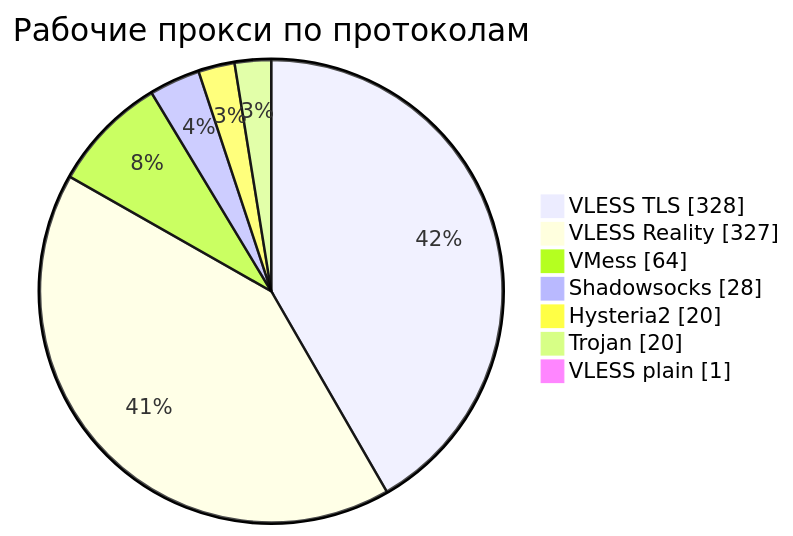
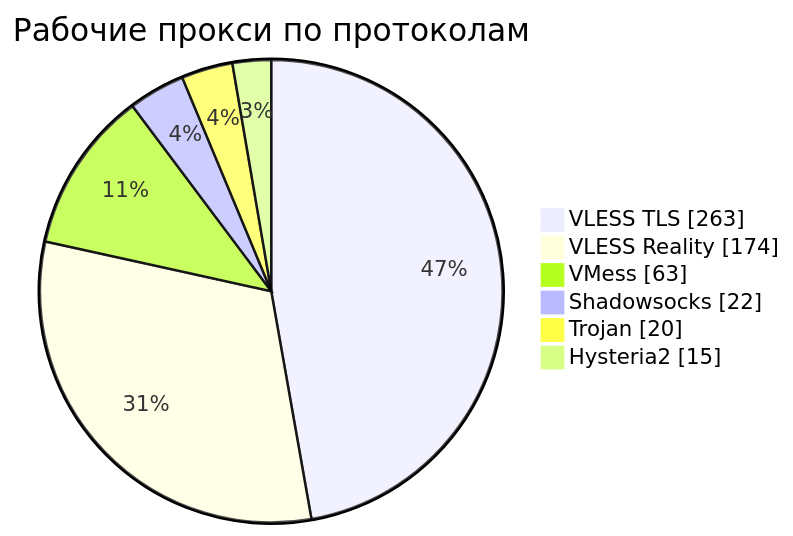
One commit to rvvg/proxy-subs changed the third of 4 diagrams in README.md. Above: the diagram before and after it, drawn with Mermaid. The commit also changed other lines of this file and 45 other files, not shown here.

````diff
--- a/README.md
+++ b/README.md
@@ -135,11 +128,10 @@
 ```mermaid
 pie showData
     title Рабочие прокси по протоколам
-    "VLESS TLS" : 328
-    "VLESS Reality" : 327
-    "VMess" : 64
-    "Shadowsocks" : 28
-    "Hysteria2" : 20
+    "VLESS TLS" : 263
+    "VLESS Reality" : 174
+    "VMess" : 63
+    "Shadowsocks" : 22
     "Trojan" : 20
-    "VLESS plain" : 1
+    "Hysteria2" : 15
 ```
````
